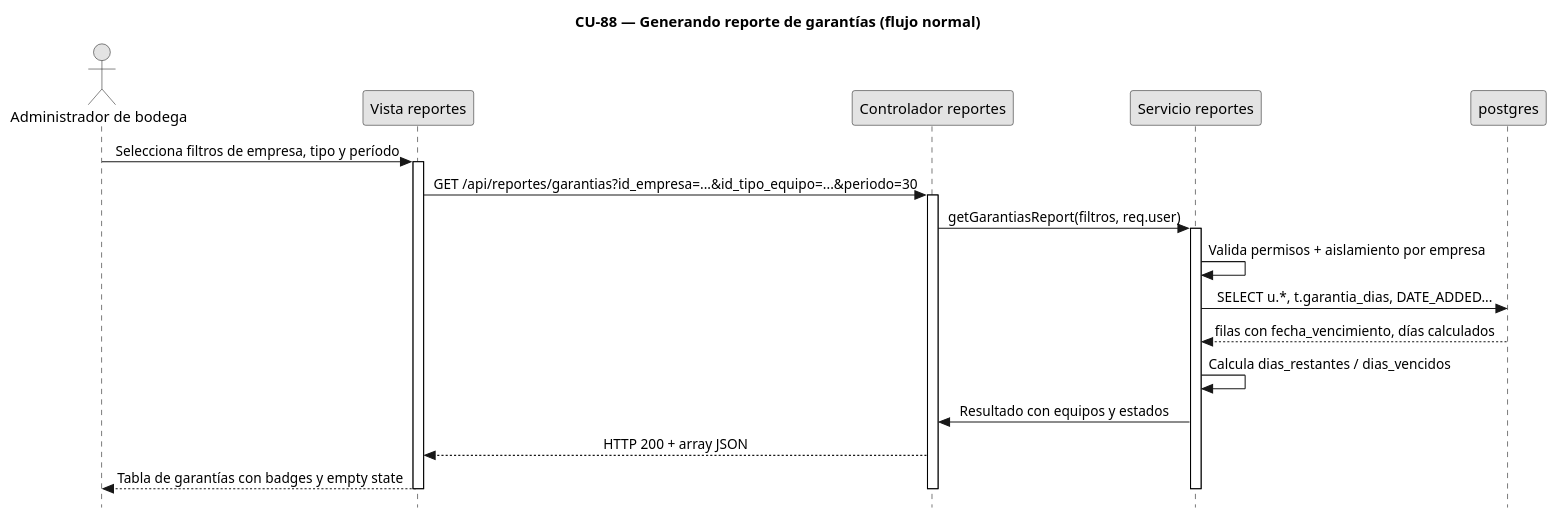
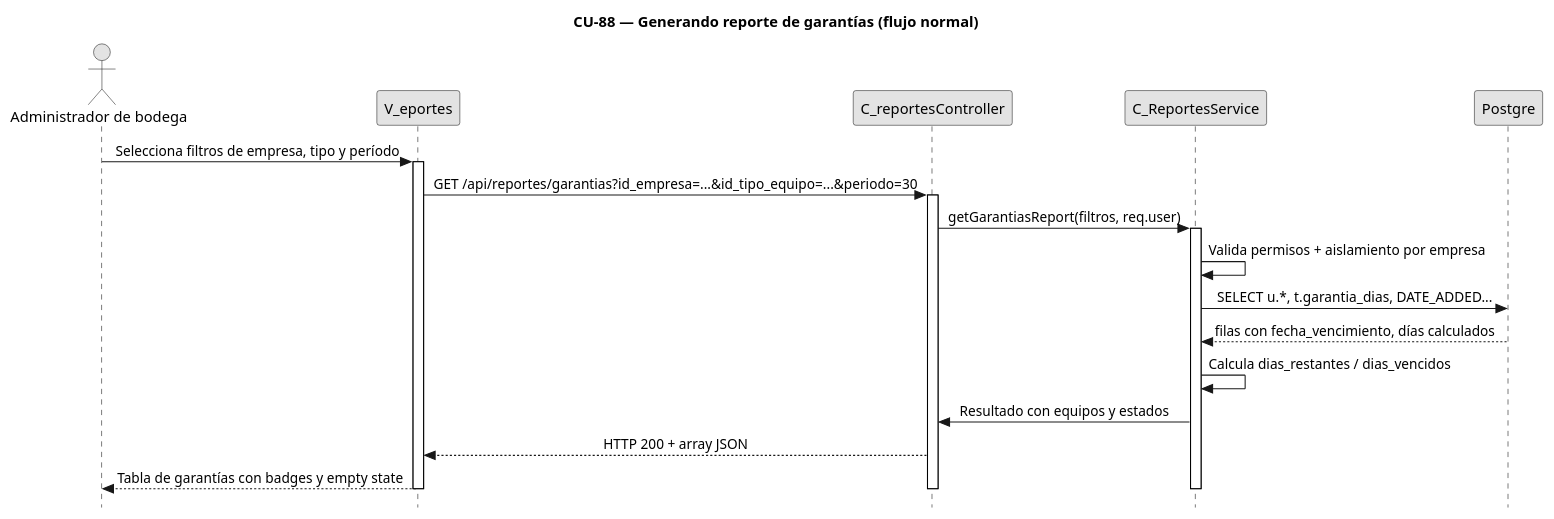
The diagram in diagramas/diagramas-secuencia/CU88/CU88-normal.puml (FSM-Finet-y-Cable-Magico/Team_1-Inventario-y-Bodega), drawn with PlantUML before and after one commit. The commit also changed 14 other files, not shown here.

```diff
--- a/diagramas/diagramas-secuencia/CU88/CU88-normal.puml
+++ b/diagramas/diagramas-secuencia/CU88/CU88-normal.puml
@@ -1,42 +1,42 @@
 @startuml CU88-Reporte-Garantias-Normal
 title CU-88 — Generando reporte de garantías (flujo normal)
 skinparam style strictuml
 skinparam monochrome true
 skinparam shadowing false
 skinparam sequenceMessageAlign center
 <style>
 sequenceDiagram {
 	participant { Margin 35 }
 	actor { Margin 15 }
 }
 </style>
 skinparam sequence {
 	MessageAlign center
 	LifeLineBorderColor black
 }
 hide footbox
 
 actor "Administrador de bodega" as U
-participant "Vista reportes" as V
-participant "Controlador reportes" as C
-participant "Servicio reportes" as S
-participant "postgres" as DB
+participant "V_eportes" as V
+participant "C_reportesController" as C
+participant "C_ReportesService" as S
+participant "Postgre" as DB
 
 U -> V : Selecciona filtros de empresa, tipo y período
 activate V
 V -> C : GET /api/reportes/garantias?id_empresa=...&id_tipo_equipo=...&periodo=30
 activate C
 C -> S : getGarantiasReport(filtros, req.user)
 activate S
 S -> S : Valida permisos + aislamiento por empresa
 S -> DB : SELECT u.*, t.garantia_dias, DATE_ADDED...
 DB --> S : filas con fecha_vencimiento, días calculados
 S -> S : Calcula dias_restantes / dias_vencidos
 S -> C : Resultado con equipos y estados
 C --> V : HTTP 200 + array JSON
 V --> U : Tabla de garantías con badges y empty state
 
 deactivate V
 deactivate C
 deactivate S
 @enduml
```
